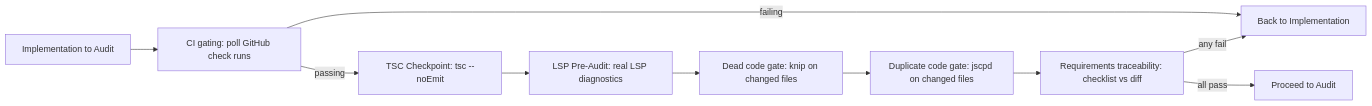
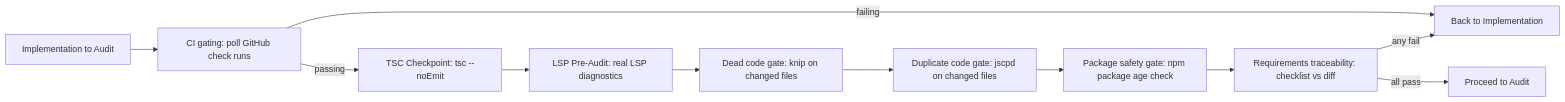
Before and after one commit to SchneiderDaniel/cheasee-pi: the second of 2 diagrams in .pi/extensions/supervisor/README.md, drawn with Mermaid. The commit also changed 6 other files, not shown here.

````diff
--- a/.pi/extensions/supervisor/README.md
+++ b/.pi/extensions/supervisor/README.md
@@ -137,12 +137,13 @@
 ```mermaid
 flowchart LR
     A[Implementation to Audit] --> B[CI gating: poll GitHub check runs]
     B -- failing --> C[Back to Implementation]
     B -- passing --> D[TSC Checkpoint: tsc --noEmit]
     D --> E[LSP Pre-Audit: real LSP diagnostics]
     E --> F[Dead code gate: knip on changed files]
     F --> G[Duplicate code gate: jscpd on changed files]
-    G --> H[Requirements traceability: checklist vs diff]
-    H -- all pass --> I[Proceed to Audit]
-    H -- any fail --> C
+    G --> H[Package safety gate: npm package age check]
+    H --> I[Requirements traceability: checklist vs diff]
+    I -- all pass --> J[Proceed to Audit]
+    I -- any fail --> C
 ```
````
